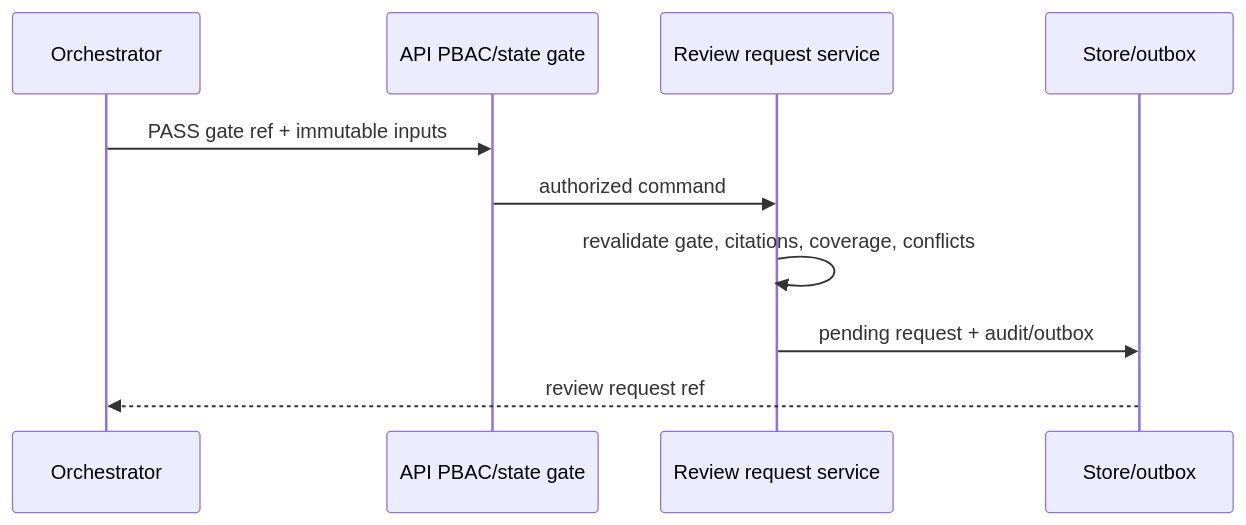
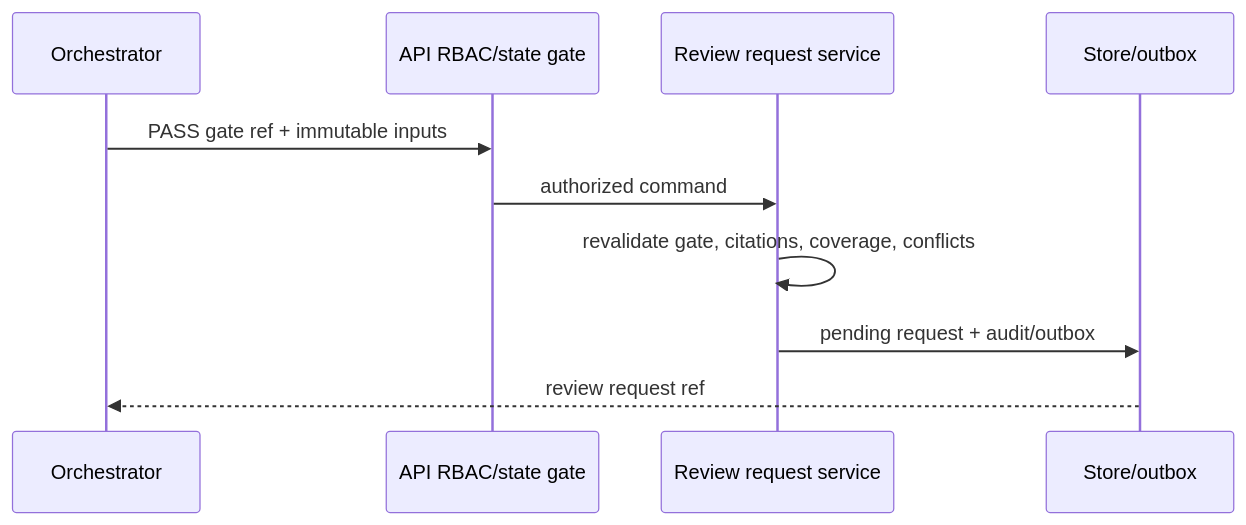
The diagram in docs/implementation/tasks/modules/agentic-evidence-tools/packets/ao-3-02-submit-classification-for-independent-review.md (khovan123/LCSP), drawn with Mermaid before and after one commit. The commit also changed other lines of this file and 519 other files, not shown here.

````diff
--- a/docs/implementation/tasks/modules/agentic-evidence-tools/packets/ao-3-02-submit-classification-for-independent-review.md
+++ b/docs/implementation/tasks/modules/agentic-evidence-tools/packets/ao-3-02-submit-classification-for-independent-review.md
@@ -41,12 +41,12 @@
 ```mermaid
 sequenceDiagram
   participant O as Orchestrator
-  participant A as API PBAC/state gate
+  participant A as API RBAC/state gate
   participant S as Review request service
   participant P as Store/outbox
   O->>A: PASS gate ref + immutable inputs
   A->>S: authorized command
   S->>S: revalidate gate, citations, coverage, conflicts
   S->>P: pending request + audit/outbox
   P-->>O: review request ref
 ```
````
